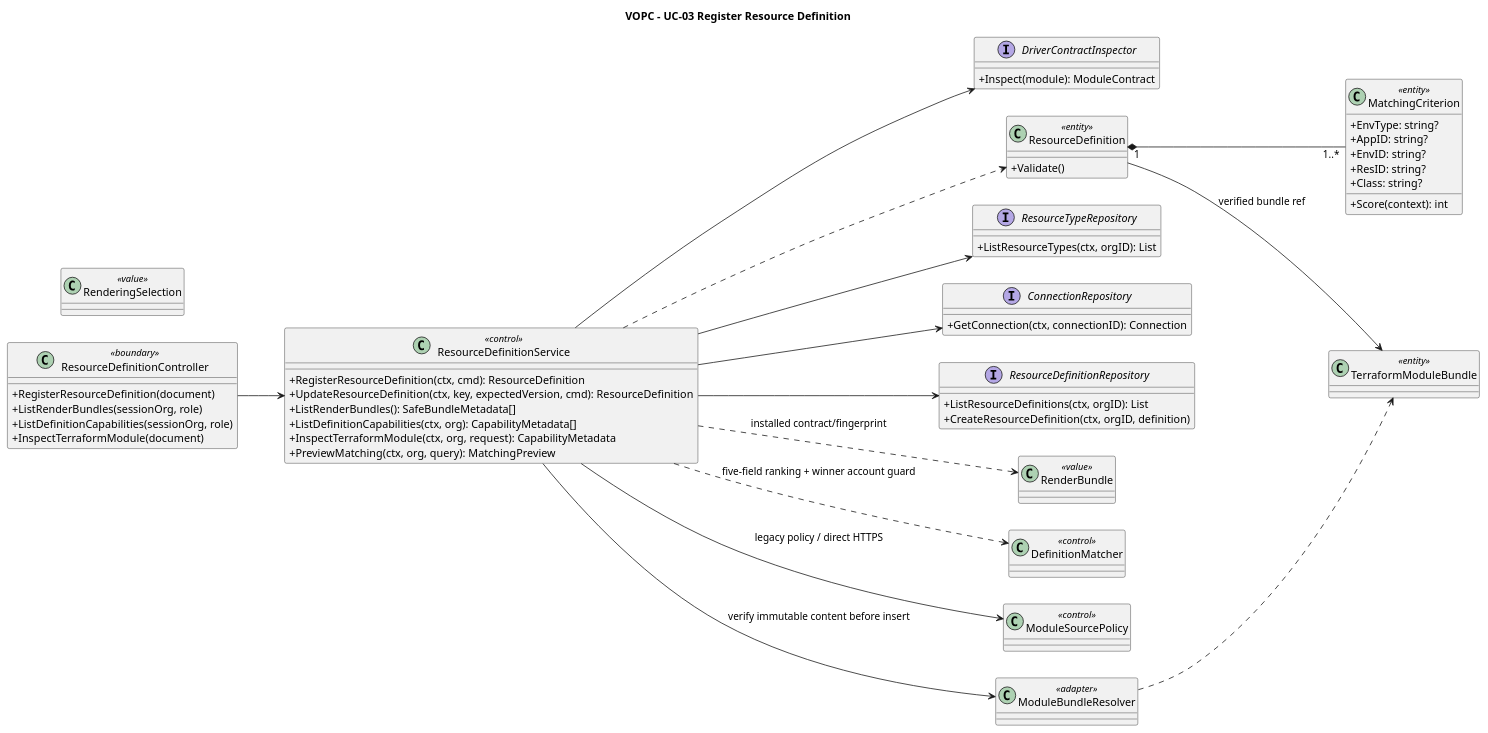
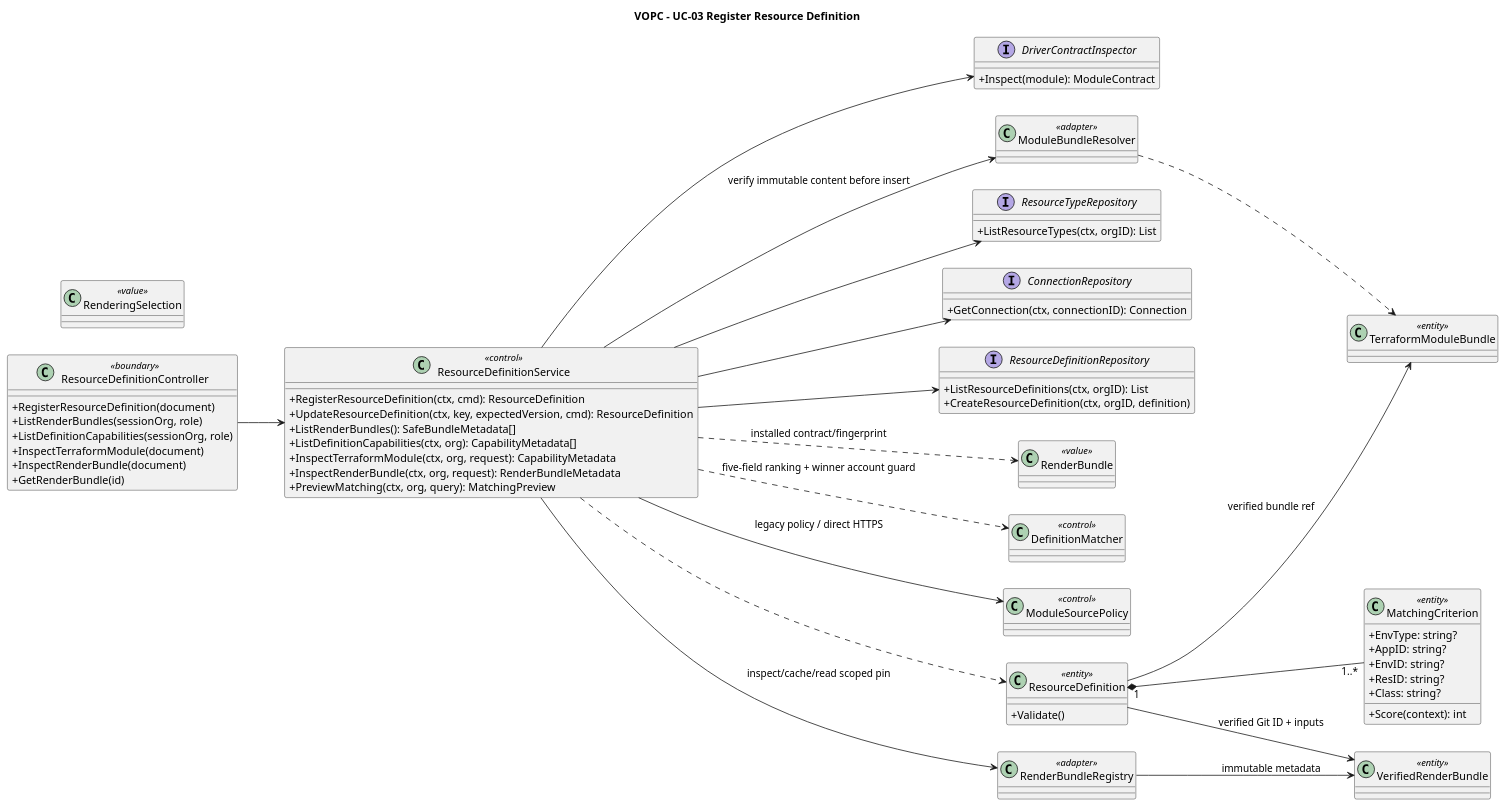
Before and after one commit to pr3s3nt/poc: the diagram in orchestrator_docs/usecase/UC-03/vopc.puml, drawn with PlantUML. The commit also changed 52 other files, not shown here.

```diff
--- a/orchestrator_docs/usecase/UC-03/vopc.puml
+++ b/orchestrator_docs/usecase/UC-03/vopc.puml
@@ -1,62 +1,70 @@
 @startuml
 title VOPC - UC-03 Register Resource Definition
 left to right direction
 skinparam classAttributeIconSize 0
 class ResourceDefinitionController <<boundary>> {
   +RegisterResourceDefinition(document)
   +ListRenderBundles(sessionOrg, role)
   +ListDefinitionCapabilities(sessionOrg, role)
   +InspectTerraformModule(document)
+  +InspectRenderBundle(document)
+  +GetRenderBundle(id)
 }
 class ResourceDefinitionService <<control>> {
   +RegisterResourceDefinition(ctx, cmd): ResourceDefinition
     +UpdateResourceDefinition(ctx, key, expectedVersion, cmd): ResourceDefinition
   +ListRenderBundles(): SafeBundleMetadata[]
   +ListDefinitionCapabilities(ctx, org): CapabilityMetadata[]
   +InspectTerraformModule(ctx, org, request): CapabilityMetadata
+  +InspectRenderBundle(ctx, org, request): RenderBundleMetadata
   +PreviewMatching(ctx, org, query): MatchingPreview
 }
 interface DriverContractInspector {
   +Inspect(module): ModuleContract
 }
 class ResourceDefinition <<entity>> {
   +Validate()
 }
 class MatchingCriterion <<entity>> {
   +EnvType: string?
   +AppID: string?
   +EnvID: string?
   +ResID: string?
   +Class: string?
   +Score(context): int
 }
 interface ResourceTypeRepository {
   +ListResourceTypes(ctx, orgID): List
 }
 interface ConnectionRepository {
   +GetConnection(ctx, connectionID): Connection
 }
 interface ResourceDefinitionRepository {
   +ListResourceDefinitions(ctx, orgID): List
   +CreateResourceDefinition(ctx, orgID, definition)
 }
 ResourceDefinitionController --> ResourceDefinitionService
 ResourceDefinitionService --> DriverContractInspector
 ResourceDefinitionService --> ResourceTypeRepository
 ResourceDefinitionService --> ConnectionRepository
 ResourceDefinitionService --> ResourceDefinitionRepository
 ResourceDefinitionService ..> ResourceDefinition
 ResourceDefinition "1" *-- "1..*" MatchingCriterion
 class RenderBundle <<value>>
 class RenderingSelection <<value>>
 ResourceDefinitionService ..> RenderBundle : installed contract/fingerprint
 class DefinitionMatcher <<control>>
 ResourceDefinitionService ..> DefinitionMatcher : five-field ranking + winner account guard
 class ModuleSourcePolicy <<control>>
 class ModuleBundleResolver <<adapter>>
 class TerraformModuleBundle <<entity>>
 ResourceDefinitionService --> ModuleSourcePolicy : legacy policy / direct HTTPS
 ResourceDefinitionService --> ModuleBundleResolver : verify immutable content before insert
 ModuleBundleResolver ..> TerraformModuleBundle
 ResourceDefinition --> TerraformModuleBundle : verified bundle ref
+class RenderBundleRegistry <<adapter>>
+class VerifiedRenderBundle <<entity>>
+ResourceDefinitionService --> RenderBundleRegistry : inspect/cache/read scoped pin
+RenderBundleRegistry --> VerifiedRenderBundle : immutable metadata
+ResourceDefinition --> VerifiedRenderBundle : verified Git ID + inputs
 @enduml
```
